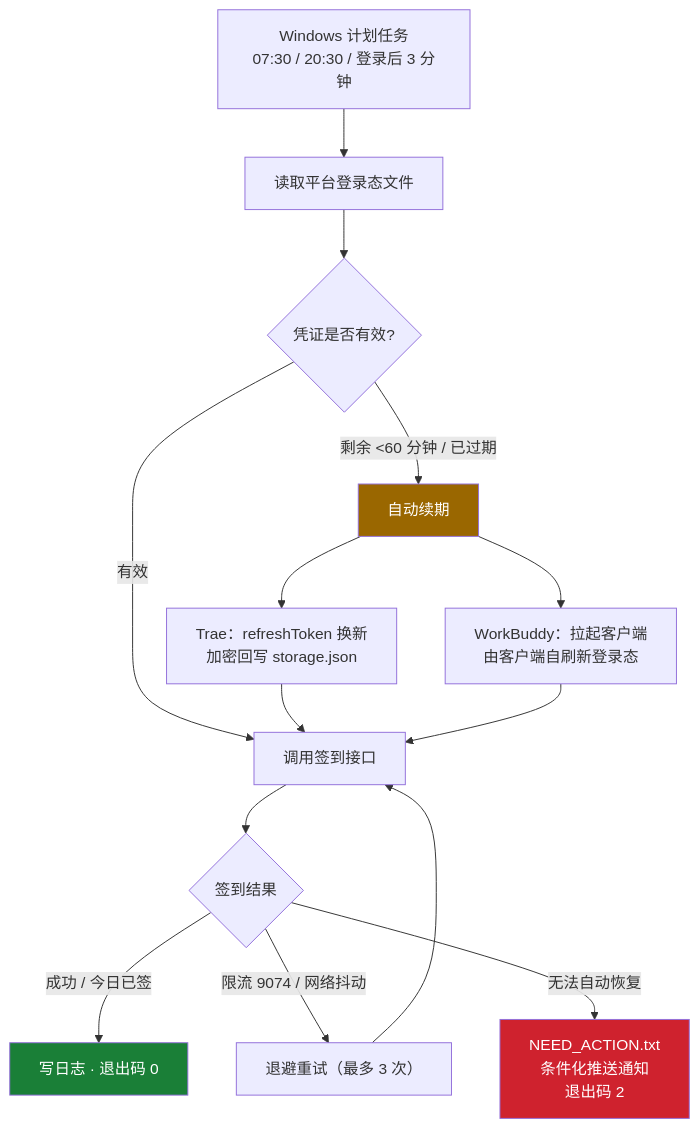
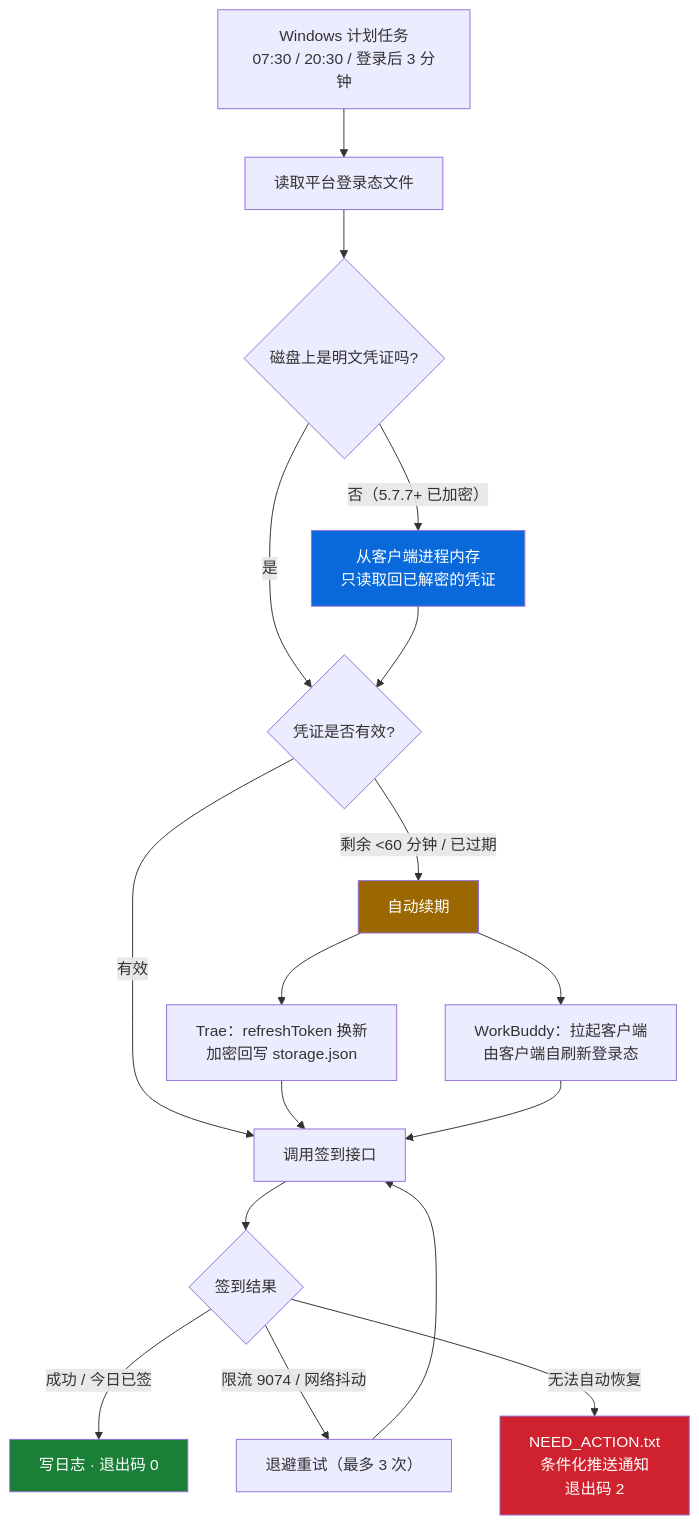
The diagram in README.md (FaN648512/workbuddy-trae-auto-checkin), drawn with Mermaid before and after one commit. The commit also changed other lines of this file and 5 other files, not shown here.

````diff
--- a/README.md
+++ b/README.md
@@ -304,20 +337,24 @@
 ```mermaid
 flowchart TD
     A["Windows 计划任务<br/>07:30 / 20:30 / 登录后 3 分钟"] --> B["读取平台登录态文件"]
-    B --> C{"凭证是否有效?"}
+    B --> B0{"磁盘上是明文凭证吗?"}
+    B0 -->|"否（5.7.7+ 已加密）"| B1["从客户端进程内存<br/>只读取回已解密的凭证"]
+    B0 -->|"是"| C
+    B1 --> C{"凭证是否有效?"}
     C -->|"有效"| E["调用签到接口"]
     C -->|"剩余 &lt;60 分钟 / 已过期"| D["自动续期"]
     D --> D1["Trae：refreshToken 换新<br/>加密回写 storage.json"]
     D --> D2["WorkBuddy：拉起客户端<br/>由客户端自刷新登录态"]
     D1 --> E
     D2 --> E
     E --> F{"签到结果"}
     F -->|"成功 / 今日已签"| G["写日志 · 退出码 0"]
     F -->|"限流 9074 / 网络抖动"| H["退避重试（最多 3 次）"]
     H --> E
     F -->|"无法自动恢复"| I["NEED_ACTION.txt<br/>条件化推送通知<br/>退出码 2"]
 
     style G fill:#1a7f37,color:#fff
     style I fill:#cf222e,color:#fff
     style D fill:#9a6700,color:#fff
+    style B1 fill:#0969da,color:#fff
 ```
````
